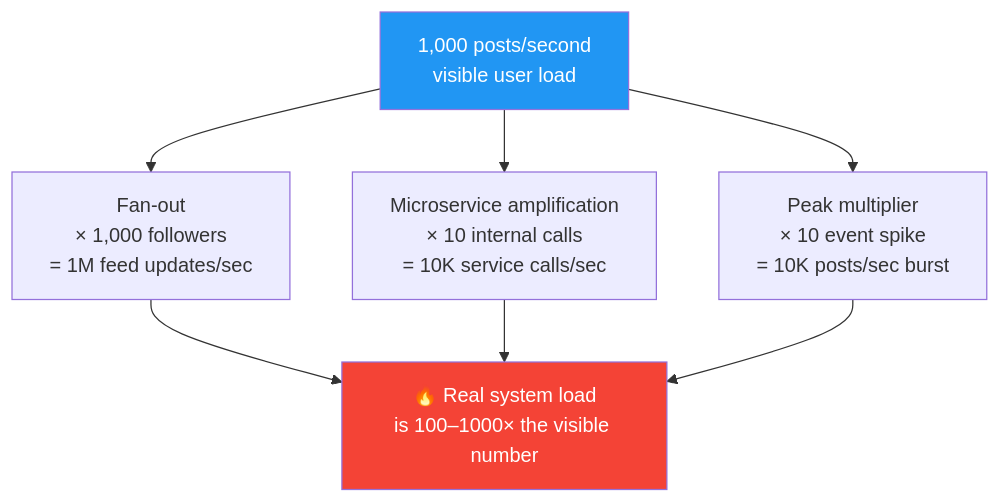
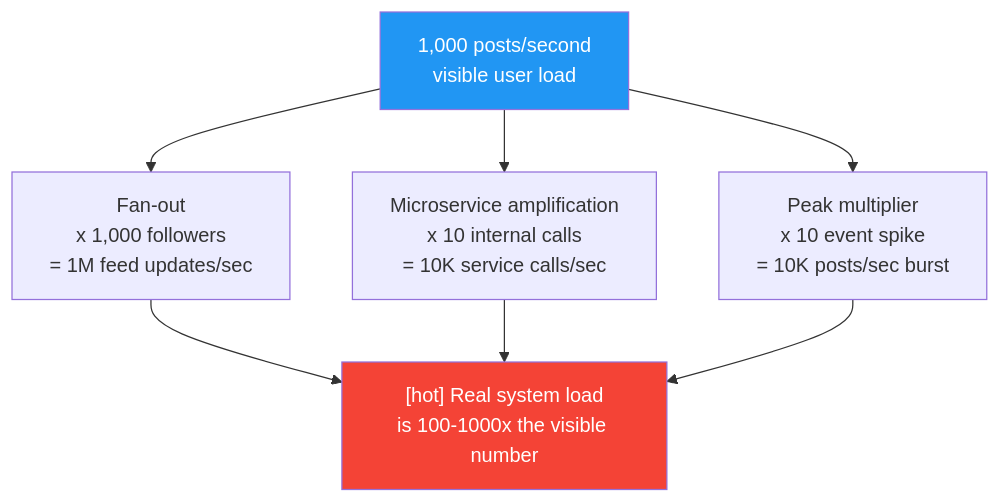
One commit to ranjeetnegi/System-Design-for-Staff-SWE changed the second of 17 diagrams in Section2/Chapter_16_Phase_3_Scale_Capacity_Planning.md. Above: the diagram before and after it, drawn with Mermaid. The commit also changed other lines of this file and 20 other files, not shown here.

````diff
--- a/Section2/Chapter_16_Phase_3_Scale_Capacity_Planning.md
+++ b/Section2/Chapter_16_Phase_3_Scale_Capacity_Planning.md
@@ -67,11 +67,11 @@
 ```mermaid
 flowchart TD
-    A["1,000 posts/second\nvisible user load"] --> B["Fan-out\n× 1,000 followers\n= 1M feed updates/sec"]
-    A --> C["Microservice amplification\n× 10 internal calls\n= 10K service calls/sec"]
-    A --> D["Peak multiplier\n× 10 event spike\n= 10K posts/sec burst"]
-    B --> E["🔥 Real system load\nis 100–1000× the visible number"]
+    A["1,000 posts/second\nvisible user load"] --> B["Fan-out\nx 1,000 followers\n= 1M feed updates/sec"]
+    A --> C["Microservice amplification\nx 10 internal calls\n= 10K service calls/sec"]
+    A --> D["Peak multiplier\nx 10 event spike\n= 10K posts/sec burst"]
+    B --> E["[hot] Real system load\nis 100-1000x the visible number"]
     C --> E
     D --> E
     style A fill:#2196F3,color:#fff
     style E fill:#F44336,color:#fff
 ```
````
